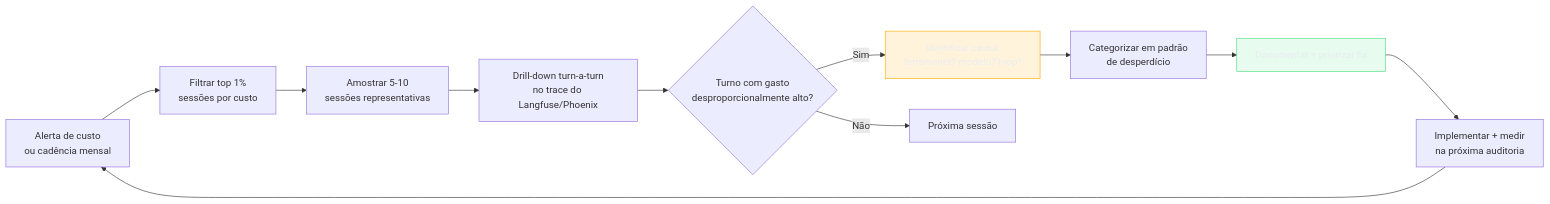
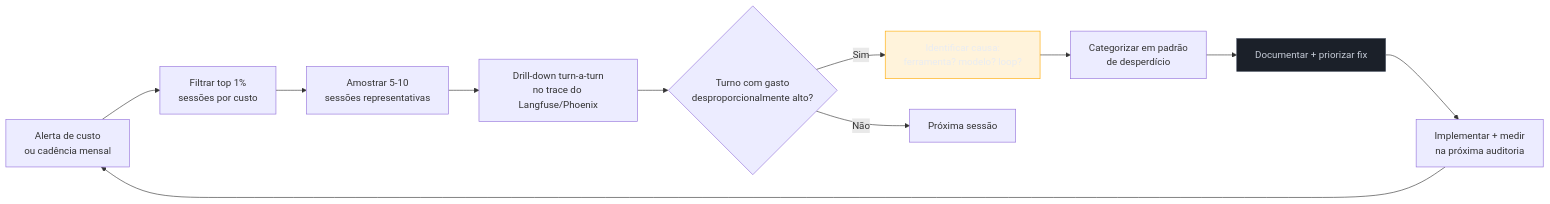
One commit to josenaldo/codex-technomanticus changed the diagram in 03-Dominios/Tecnologia/IA/Economia de Tokens/16 - Auditoria de consumo.md. Above: the diagram before and after it, drawn with Mermaid. The commit also changed 601 other files, not shown here.

````diff
--- a/03-Dominios/Tecnologia/IA/Economia de Tokens/16 - Auditoria de consumo.md
+++ b/03-Dominios/Tecnologia/IA/Economia de Tokens/16 - Auditoria de consumo.md
@@ -32,18 +32,18 @@
 ```mermaid
 flowchart LR
+    classDef neutro fill:#1B2029,stroke:#4E5666,color:#C6CCD8
     classDef destaque fill:#FFAA0024,stroke:#FFAA00,color:#E9ECF2
-    classDef ok fill:#4ADE8021,stroke:#4ADE80,color:#E9ECF2
     A["Alerta de custo\nou cadência mensal"] --> B["Filtrar top 1%\nsessões por custo"]
     B --> C["Amostrar 5-10\nsessões representativas"]
     C --> D["Drill-down turn-a-turn\nno trace do Langfuse/Phoenix"]
     D --> E{"Turno com gasto\ndesproporcionalmente alto?"}
     E -->|Sim| F["Identificar causa:\nferramenta? modelo? loop?"]
     E -->|Não| G["Próxima sessão"]
     F --> H["Categorizar em padrão\nde desperdício"]
     H --> I["Documentar + priorizar fix"]
     I --> J["Implementar + medir\nna próxima auditoria"]
     J --> A
 
     class F destaque
-    class I ok
+    class I neutro
 ```
````
